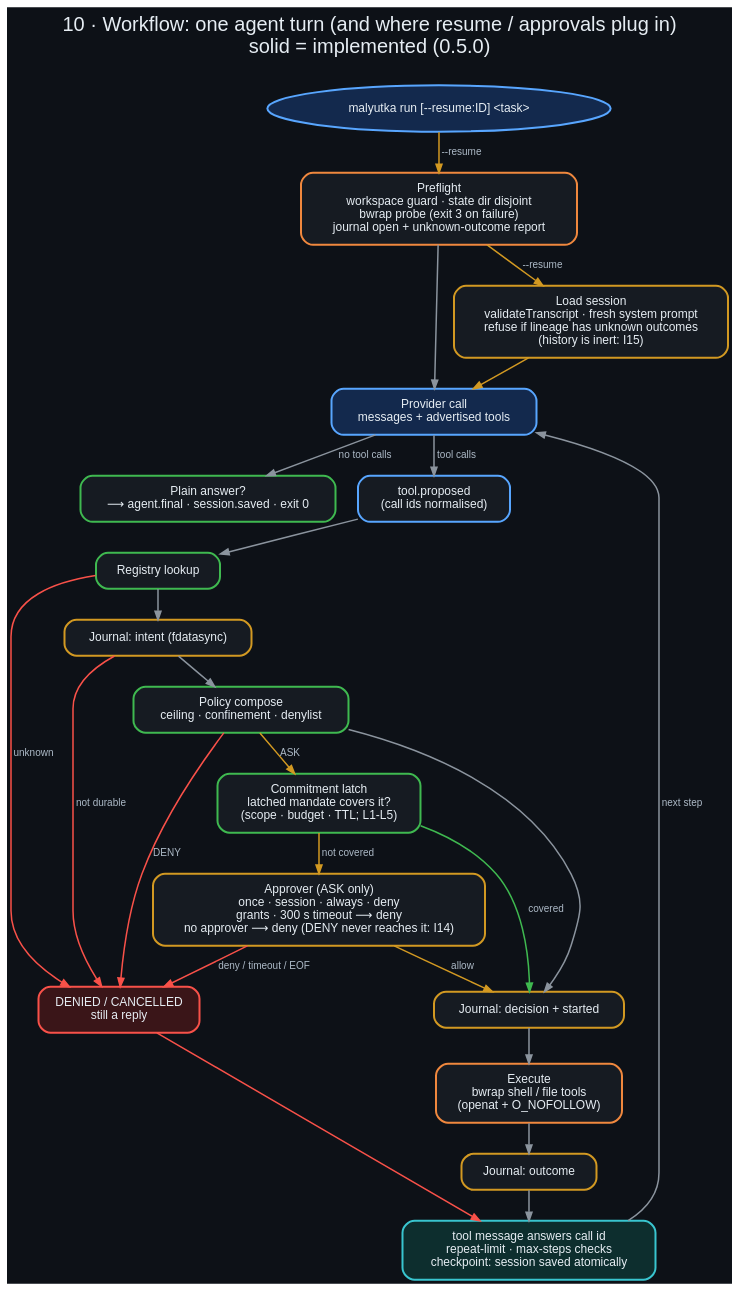
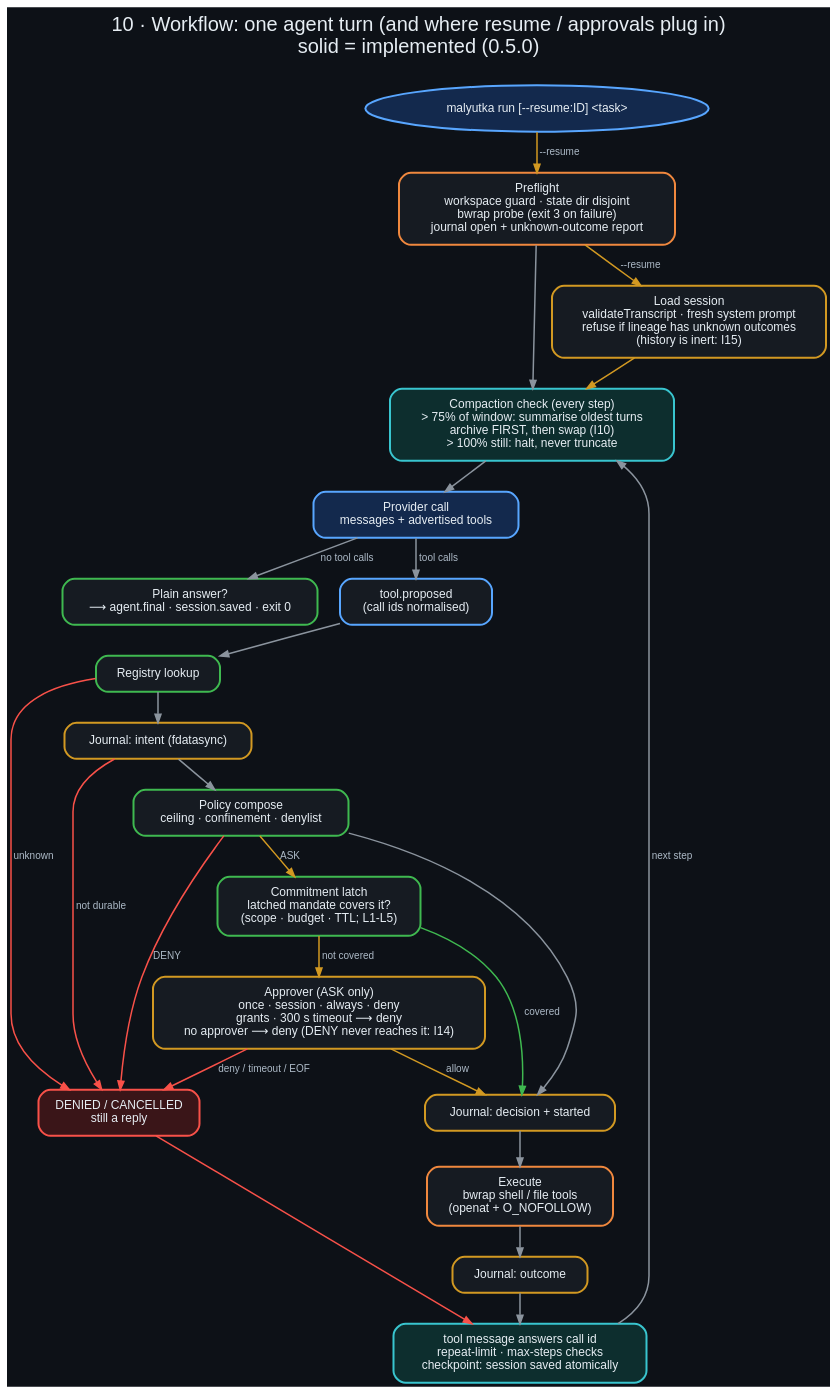
The diagram in docs/diagrams/10_workflow.dot (danindiana/malyutka), drawn with Graphviz before and after one commit. The commit also changed 40 other files, not shown here.

```diff
--- a/docs/diagrams/10_workflow.dot
+++ b/docs/diagrams/10_workflow.dot
@@ -1,40 +1,42 @@
 digraph workflow {
     graph [bgcolor="#0d1117", fontname="Helvetica", fontcolor="#e6edf3", labelloc="t", fontsize=20, rankdir=TB,
            label="10 · Workflow: one agent turn (and where resume / approvals plug in)\nsolid = implemented (0.5.0)\n ", nodesep=0.3, ranksep=0.4];
     node  [fontname="Helvetica", fontcolor="#e6edf3", color="#30363d", style="filled,rounded", shape=box, penwidth=2, margin="0.22,0.14", fillcolor="#161b22", fontsize=12];
     edge  [color="#8b949e", fontname="Helvetica", fontcolor="#adbac7", penwidth=1.5, arrowsize=0.85, fontsize=10];
 
     start [label="malyutka run [--resume:ID] <task>", shape=oval, color="#58a6ff", fillcolor="#13294d"];
     probe [label="Preflight\nworkspace guard · state dir disjoint\nbwrap probe (exit 3 on failure)\njournal open + unknown-outcome report", color="#f0883e"];
     resume [label="Load session\nvalidateTranscript · fresh system prompt\nrefuse if lineage has unknown outcomes\n(history is inert: I15)", color="#d29922"];
+    compact [label="Compaction check (every step)\n> 75% of window: summarise oldest turns\narchive FIRST, then swap (I10)\n> 100% still: halt, never truncate", color="#39c5cf", fillcolor="#0d2e2e"];
     ask_model [label="Provider call\nmessages + advertised tools", color="#58a6ff", fillcolor="#13294d"];
     final [label="Plain answer?\n⟶ agent.final · session.saved · exit 0", color="#3fb950"];
     prop [label="tool.proposed\n(call ids normalised)", color="#58a6ff"];
     reg [label="Registry lookup", color="#3fb950"];
     j1 [label="Journal: intent (fdatasync)", color="#d29922"];
     pol [label="Policy compose\nceiling · confinement · denylist", color="#3fb950"];
     latch [label="Commitment latch\nlatched mandate covers it?\n(scope · budget · TTL; L1-L5)", color="#3fb950"];
     approver [label="Approver (ASK only)\nonce · session · always · deny\ngrants · 300 s timeout ⟶ deny\nno approver ⟶ deny (DENY never reaches it: I14)", color="#d29922"];
     j2 [label="Journal: decision + started", color="#d29922"];
     exec [label="Execute\nbwrap shell / file tools\n(openat + O_NOFOLLOW)", color="#f0883e"];
     j3 [label="Journal: outcome", color="#d29922"];
     obs [label="tool message answers call id\nrepeat-limit · max-steps checks\ncheckpoint: session saved atomically", color="#39c5cf", fillcolor="#0d2e2e"];
     deny [label="DENIED / CANCELLED\nstill a reply", color="#f85149", fillcolor="#3a1518"];
 
     start -> probe -> resume [color="#d29922", label="--resume"];
-    probe -> ask_model;
-    resume -> ask_model [color="#d29922"];
+    probe -> compact;
+    resume -> compact [color="#d29922"];
+    compact -> ask_model;
     ask_model -> final [label="no tool calls"];
     ask_model -> prop [label="tool calls"];
     prop -> reg -> j1 -> pol -> j2 -> exec -> j3 -> obs;
-    obs -> ask_model [label="next step"];
+    obs -> compact [label="next step"];
     pol -> latch [label="ASK", color="#d29922"];
     latch -> j2 [label="covered", color="#3fb950"];
     latch -> approver [label="not covered", color="#d29922"];
     approver -> j2 [label="allow", color="#d29922"];
     reg -> deny [label="unknown", color="#f85149"];
     j1 -> deny [label="not durable", color="#f85149"];
     pol -> deny [label="DENY", color="#f85149"];
     approver -> deny [label="deny / timeout / EOF", color="#f85149"];
     deny -> obs [color="#f85149"];
 }
```
